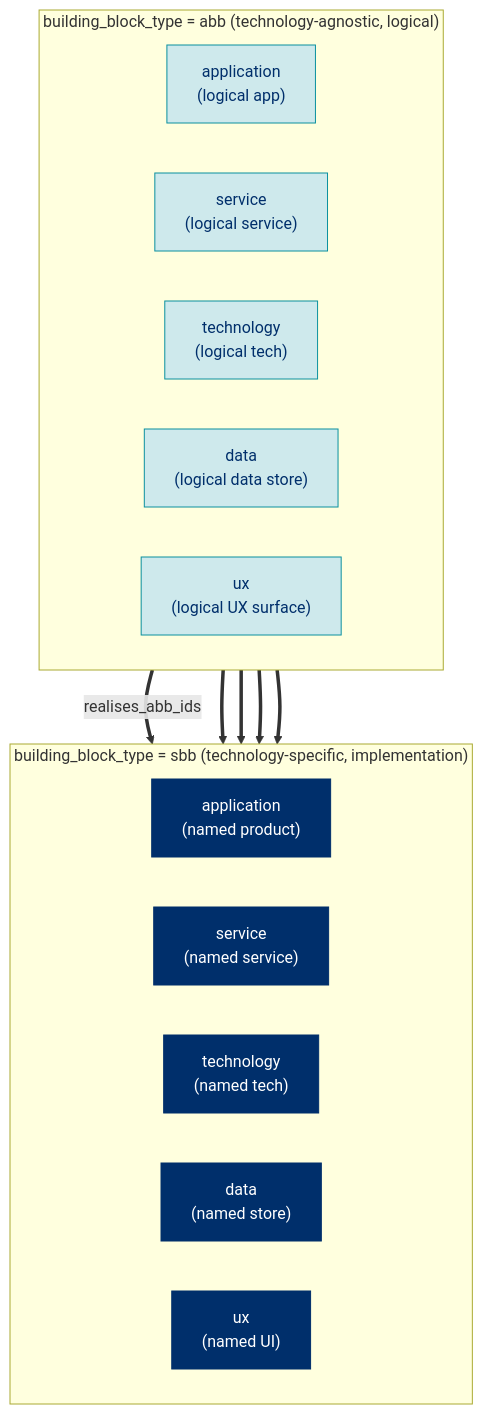
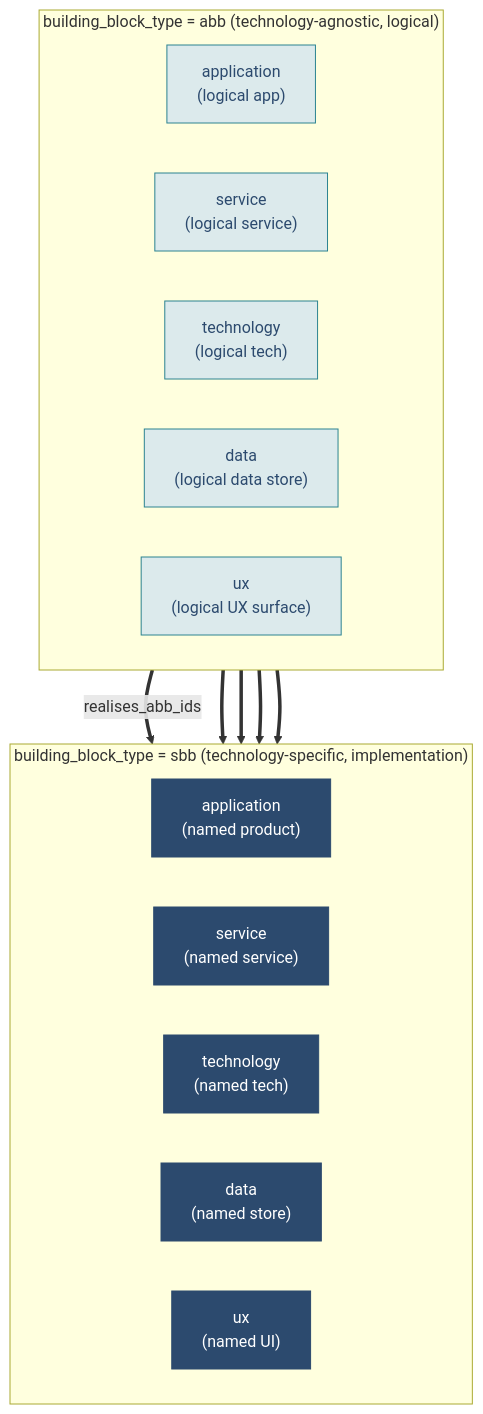
Diagram 12 of 34 in standards/ontology/SPECIFICATION.md (dermot-obrien/ai-assisted-architecture), drawn with Mermaid before and after one commit. The commit also changed other lines of this file and 6 other files, not shown here.

````diff
--- a/standards/ontology/SPECIFICATION.md
+++ b/standards/ontology/SPECIFICATION.md
@@ -428,26 +428,26 @@
 ```mermaid
 flowchart TB
   subgraph ABB["building_block_type = abb (technology-agnostic, logical)"]
     direction LR
     A1["application<br/>(logical app)"]:::abb
     A2["service<br/>(logical service)"]:::abb
     A3["technology<br/>(logical tech)"]:::abb
     A4["data<br/>(logical data store)"]:::abb
     A5["ux<br/>(logical UX surface)"]:::abb
   end
   subgraph SBB["building_block_type = sbb (technology-specific, implementation)"]
     direction LR
     S1["application<br/>(named product)"]:::sbb
     S2["service<br/>(named service)"]:::sbb
     S3["technology<br/>(named tech)"]:::sbb
     S4["data<br/>(named store)"]:::sbb
     S5["ux<br/>(named UI)"]:::sbb
   end
   A1 == "realises_abb_ids" ==> S1
   A2 ==> S2
   A3 ==> S3
   A4 ==> S4
   A5 ==> S5
-  classDef abb fill:#CEE9EC,stroke:#0B909F,color:#002F6B
-  classDef sbb fill:#002F6B,stroke:#002F6B,color:#fff
+  classDef abb fill:#DCEAEC,stroke:#2C8391,color:#2C4A6E
+  classDef sbb fill:#2C4A6E,stroke:#2C4A6E,color:#fff
 ```
````
